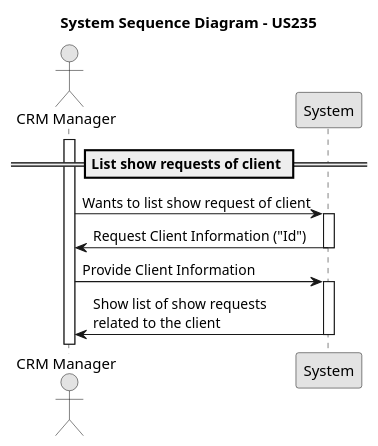
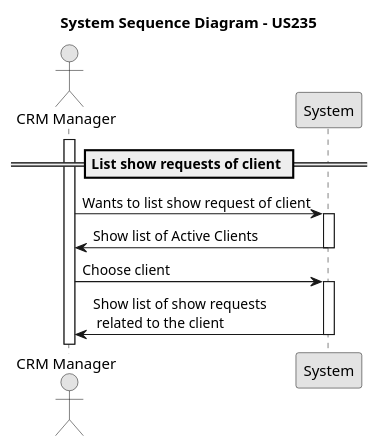
Before and after one commit to rubenFreitas1/ISEP-LAPR4-2024-2025: the diagram in docs/Sprint2/us_235/diagrams/system-sequence-diagram-US235.puml, drawn with PlantUML. The commit also changed 8 other files, not shown here.

```diff
--- a/docs/Sprint2/us_235/diagrams/system-sequence-diagram-US235.puml
+++ b/docs/Sprint2/us_235/diagrams/system-sequence-diagram-US235.puml
@@ -1,28 +1,28 @@
 @startuml
 skinparam monochrome true
 skinparam packageStyle rectangle
 skinparam shadowing false
 
 actor "CRM Manager" as crmManager
 participant "System" as system
 
 title System Sequence Diagram - US235
 
 == List show requests of client ==
 activate crmManager
 
 crmManager -> system : Wants to list show request of client
 activate system
 
-system -> crmManager : Request Client Information ("Id")
+system -> crmManager : Show list of Active Clients
 deactivate system
-crmManager -> system : Provide Client Information
+crmManager -> system : Choose client
 
 activate system
 
-system -> crmManager : Show list of show requests \nrelated to the client
+system -> crmManager : Show list of show requests \n related to the client
 deactivate system
 
 
 
 @enduml
```
